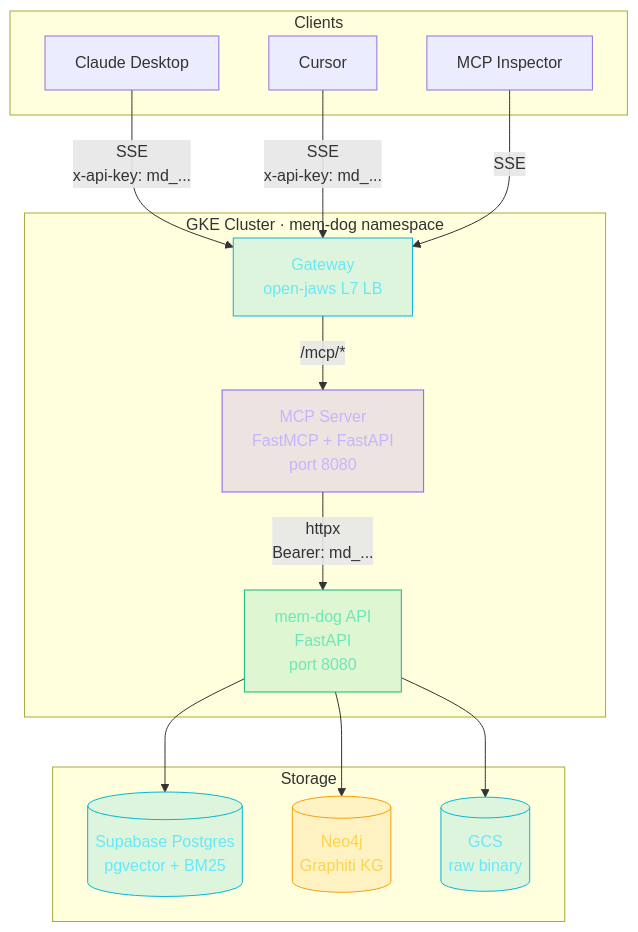
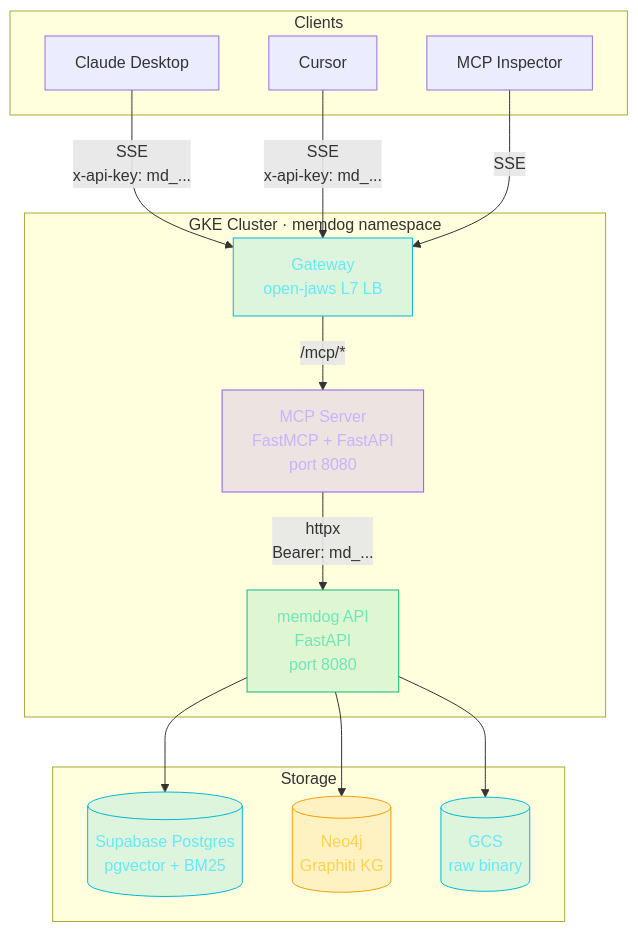
One commit to BuildGeekAI/mem-dog changed the diagram in docs/mcp/README.md. Above: the diagram before and after it, drawn with Mermaid. The commit also changed other lines of this file and 412 other files, not shown here.

````diff
--- a/docs/mcp/README.md
+++ b/docs/mcp/README.md
@@ -51,38 +51,38 @@
 ```mermaid
 graph TD
     subgraph Clients
         CD[Claude Desktop]
         CU[Cursor]
         MI[MCP Inspector]
     end
 
-    subgraph GKE [GKE Cluster · mem-dog namespace]
+    subgraph GKE [GKE Cluster · memdog namespace]
         GW[Gateway<br/>open-jaws L7 LB]
         MCP[MCP Server<br/>FastMCP + FastAPI<br/>port 8080]
-        API[mem-dog API<br/>FastAPI<br/>port 8080]
+        API[memdog API<br/>FastAPI<br/>port 8080]
     end
 
     subgraph Storage
         PG[(Supabase Postgres<br/>pgvector + BM25)]
         NEO[(Neo4j<br/>Graphiti KG)]
         GCS[(GCS<br/>raw binary)]
     end
 
     CD -- "SSE<br/>x-api-key: md_..." --> GW
     CU -- "SSE<br/>x-api-key: md_..." --> GW
     MI -- "SSE" --> GW
 
     GW -- "/mcp/*" --> MCP
     MCP -- "httpx<br/>Bearer: md_..." --> API
 
     API --> PG
     API --> NEO
     API --> GCS
 
     style MCP fill:#7c3aed22,stroke:#8b5cf6,color:#c4b5fd
     style API fill:#10b98122,stroke:#10b981,color:#6ee7b7
     style GW fill:#06b6d422,stroke:#06b6d4,color:#67e8f9
     style PG fill:#06b6d422,stroke:#06b6d4,color:#67e8f9
     style NEO fill:#f59e0b22,stroke:#f59e0b,color:#fcd34d
     style GCS fill:#06b6d422,stroke:#06b6d4,color:#67e8f9
 ```
````
